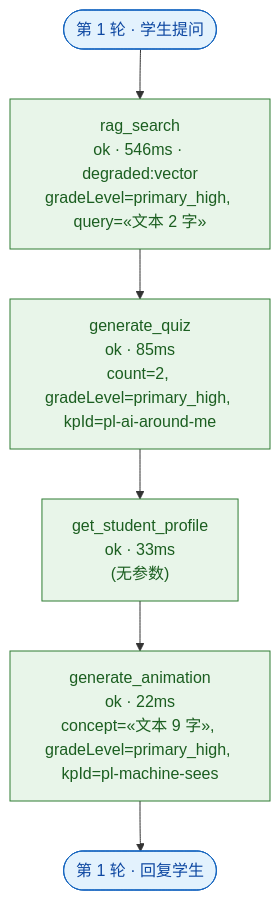
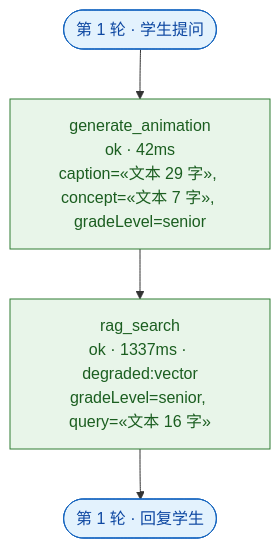
Before and after one commit to IceFireIcer/K12AgentProject: the diagram in docs/tool-trace.md, drawn with Mermaid. The commit also changed other lines of this file and 26 other files, not shown here.

````diff
--- a/docs/tool-trace.md
+++ b/docs/tool-trace.md
@@ -11,16 +11,14 @@
 ```mermaid
 flowchart TD
   %% 由 desktop/src/main/agent/trace.ts 自动生成，请勿手改
-  %% 生成时间：2026-09-16T19:39:53.944Z｜轮数：1｜调用：4 次
+  %% 生成时间：2026-09-17T05:54:15.716Z｜轮数：1｜调用：2 次
   %% 参数只记摘要（不含原文 / 密钥 / 学生个人信息）
   classDef turn fill:#e3f2fd,stroke:#1565c0,stroke-width:1px,color:#0d47a1
   classDef ok fill:#e8f5e9,stroke:#2e7d32,stroke-width:1px,color:#1b5e20
   classDef fail fill:#ffebee,stroke:#c62828,stroke-width:1px,color:#b71c1c
   classDef blocked fill:#fff8e1,stroke:#f9a825,stroke-width:1px,color:#795548
   T1_START(["第 1 轮 · 学生提问"]):::turn
-  T1_START --> T1_C_1["rag_search<br/>ok · 546ms · degraded:vector<br/>gradeLevel=primary_high, query=«文本 2 字»"]:::ok
-  T1_C_1 --> T1_C_2["generate_quiz<br/>ok · 85ms<br/>count=2, gradeLevel=primary_high, kpId=pl-ai-around-me"]:::ok
-  T1_C_2 --> T1_C_3["get_student_profile<br/>ok · 33ms<br/>#40;无参数#41;"]:::ok
-  T1_C_3 --> T1_C_4["generate_animation<br/>ok · 22ms<br/>concept=«文本 9 字», gradeLevel=primary_high, kpId=pl-machine-sees"]:::ok
-  T1_C_4 --> T1_END(["第 1 轮 · 回复学生"]):::turn
+  T1_START --> T1_C_1["generate_animation<br/>ok · 42ms<br/>caption=«文本 29 字», concept=«文本 7 字», gradeLevel=senior"]:::ok
+  T1_C_1 --> T1_C_2["rag_search<br/>ok · 1337ms · degraded:vector<br/>gradeLevel=senior, query=«文本 16 字»"]:::ok
+  T1_C_2 --> T1_END(["第 1 轮 · 回复学生"]):::turn
 ```
````
